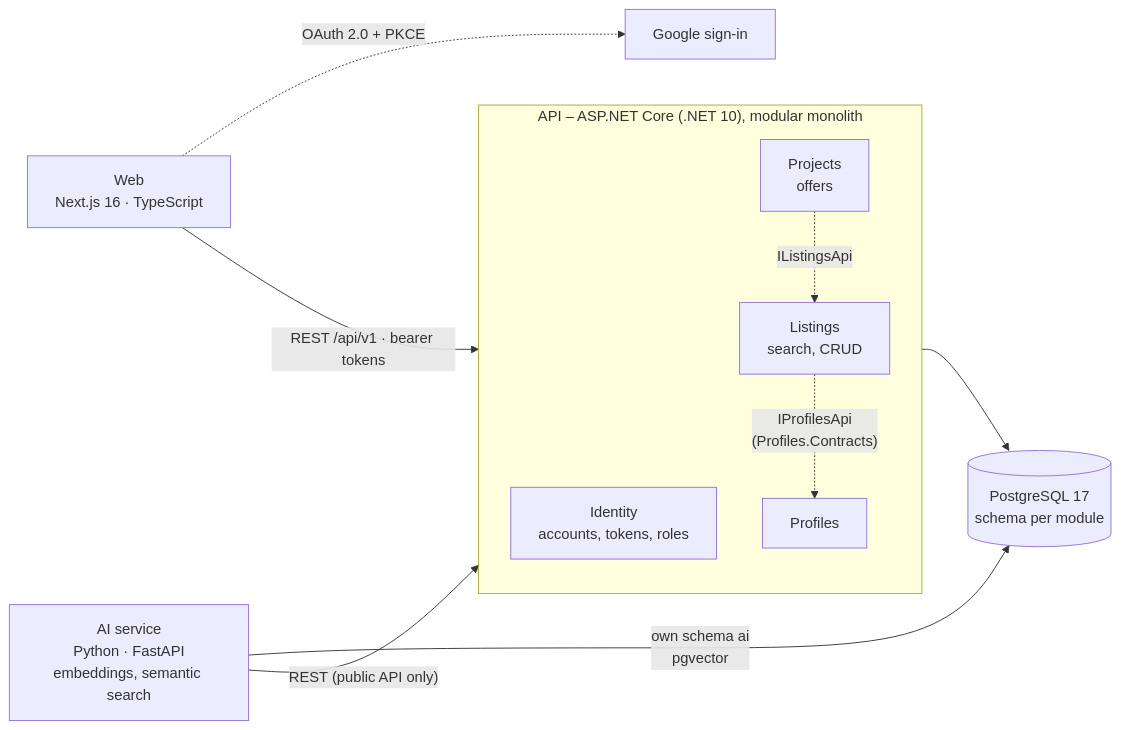
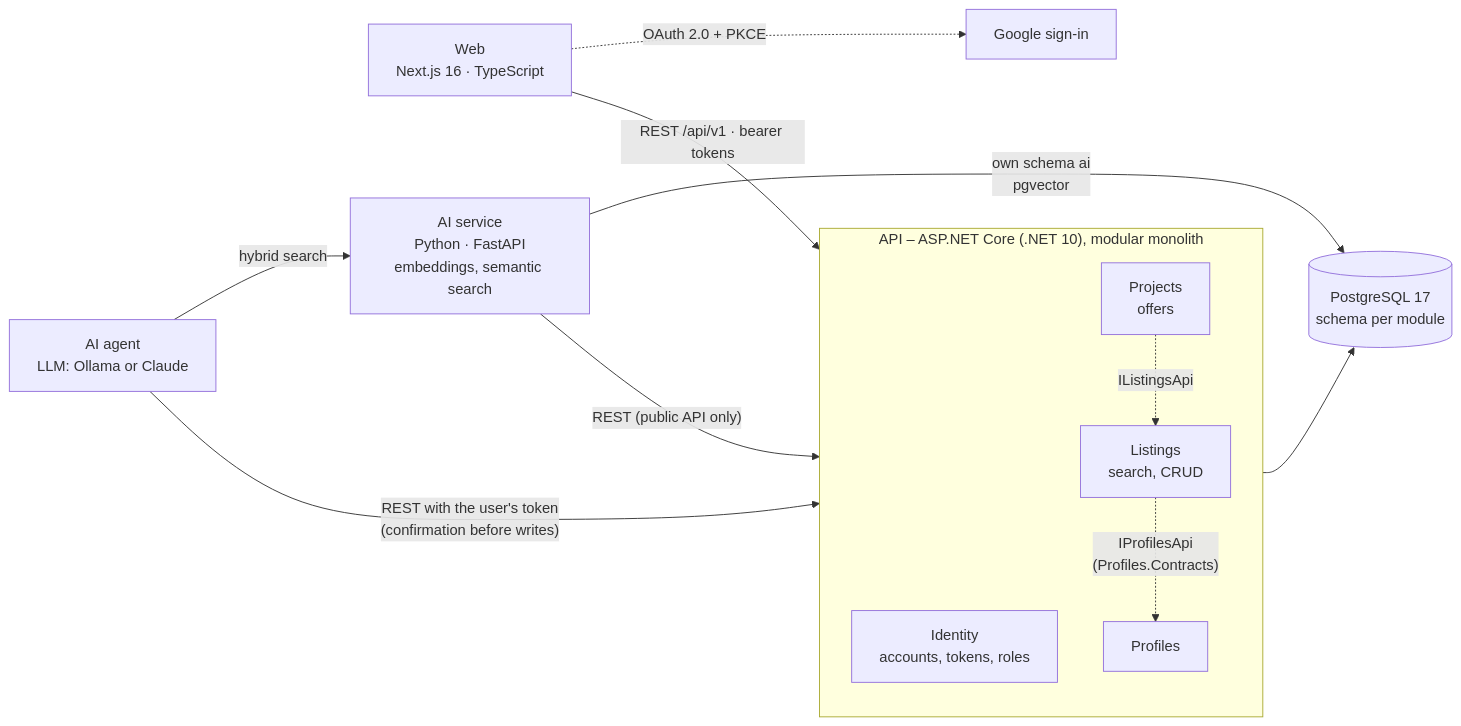
Before and after one commit to Petus19/Vybavim_to: the diagram in README.md, drawn with Mermaid. The commit also changed other lines of this file and 1 other file, not shown here.

First line of the commit message:
README: AI agent – čo robí, bezpečnosť, spustenie a výsledky vyhodnotenia

````diff
--- a/README.md
+++ b/README.md
@@ -39,16 +40,18 @@
 ```mermaid
 flowchart LR
     web["Web<br/>Next.js 16 · TypeScript"] -->|"REST /api/v1 · bearer tokens"| api
     subgraph api["API – ASP.NET Core (.NET 10), modular monolith"]
         identity["Identity<br/>accounts, tokens, roles"]
         profiles["Profiles"]
         projects["Projects<br/>offers"]
         listings["Listings<br/>search, CRUD"]
         listings -. "IProfilesApi<br/>(Profiles.Contracts)" .-> profiles
         projects -. "IListingsApi" .-> listings
     end
     api --> db[("PostgreSQL 17<br/>schema per module")]
     web -. "OAuth 2.0 + PKCE" .-> google["Google sign-in"]
     ai["AI service<br/>Python · FastAPI<br/>embeddings, semantic search"] -->|"REST (public API only)"| api
     ai -->|"own schema ai<br/>pgvector"| db
+    agent["AI agent<br/>LLM: Ollama or Claude"] -->|"REST with the user's token<br/>(confirmation before writes)"| api
+    agent -->|hybrid search| ai
 ```
````
